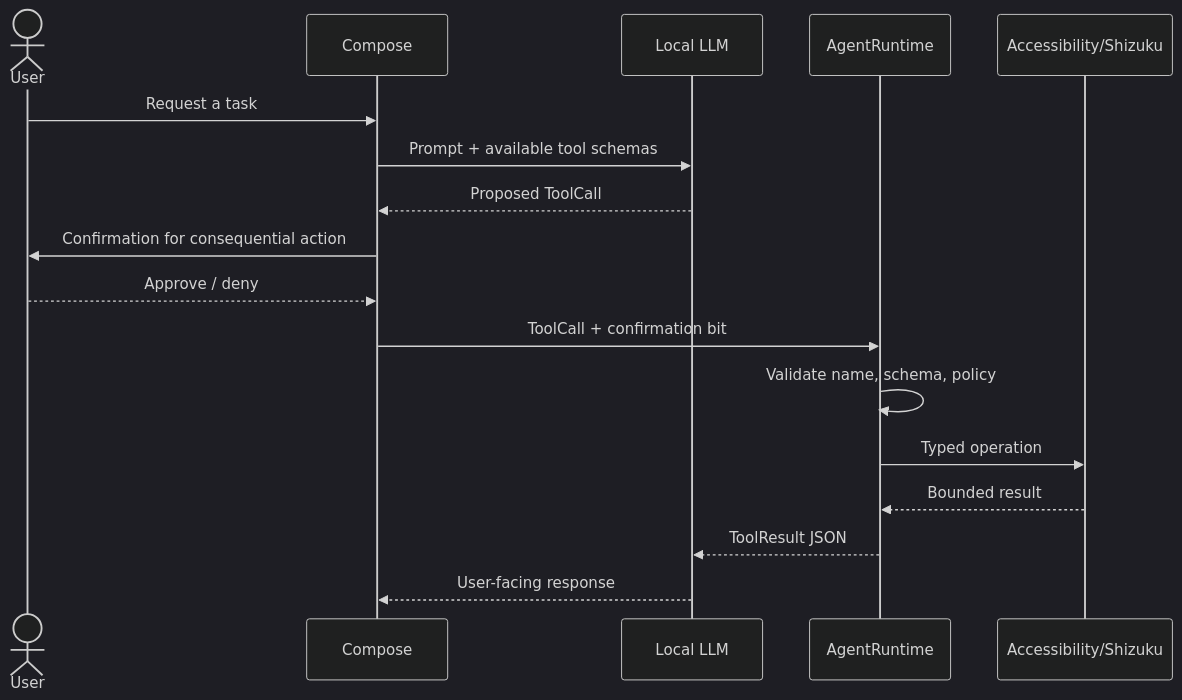
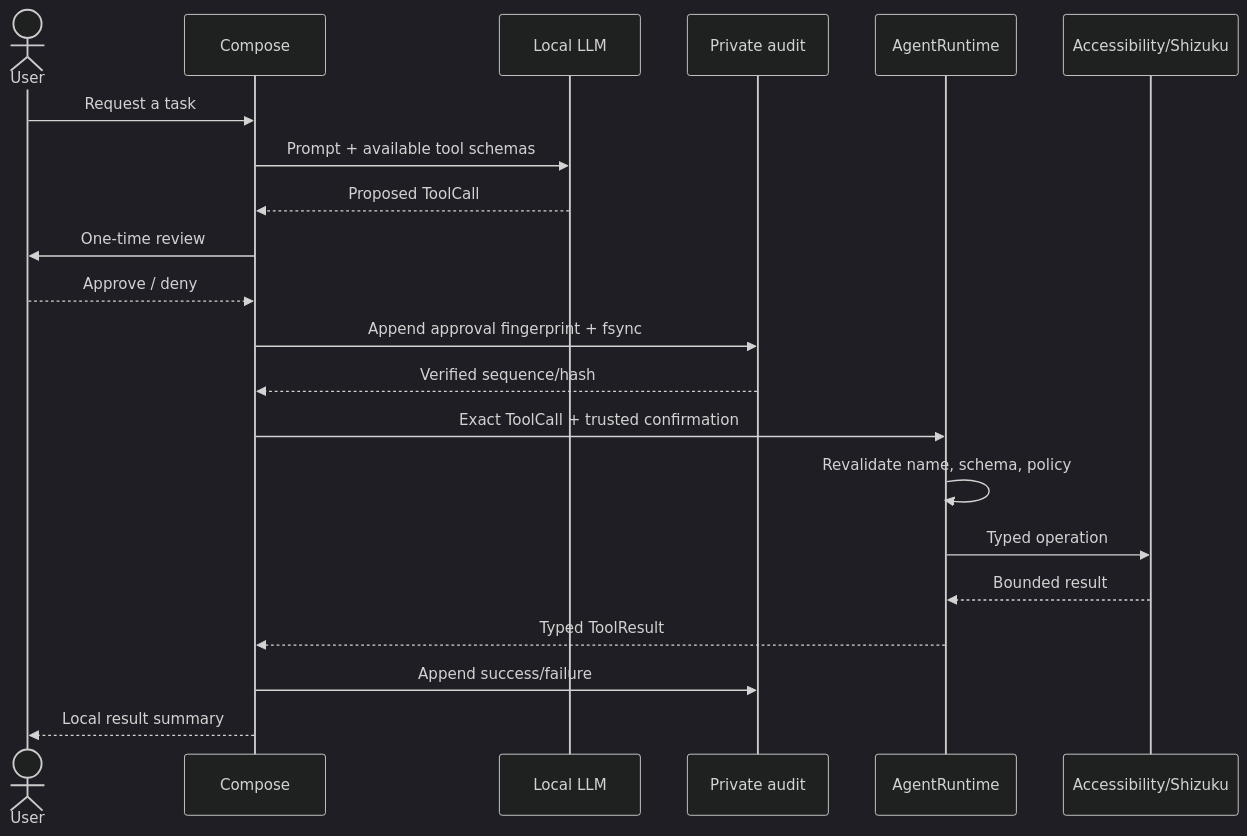
Before and after one commit to soobujmiah/lai: the second of 2 diagrams in docs/ARCHITECTURE.md, drawn with Mermaid (dark theme). The commit also changed other lines of this file and 34 other files, not shown here.

Commit message:
feat(audit): persist one-shot tool approval chain

````diff
--- a/docs/ARCHITECTURE.md
+++ b/docs/ARCHITECTURE.md
@@ -121,19 +123,23 @@
 ```mermaid
 sequenceDiagram
   actor U as User
   participant UI as Compose
   participant L as Local LLM
+  participant P as Private audit
   participant A as AgentRuntime
   participant X as Accessibility/Shizuku
   U->>UI: Request a task
   UI->>L: Prompt + available tool schemas
   L-->>UI: Proposed ToolCall
-  UI->>U: Confirmation for consequential action
+  UI->>U: One-time review
   U-->>UI: Approve / deny
-  UI->>A: ToolCall + confirmation bit
-  A->>A: Validate name, schema, policy
+  UI->>P: Append approval fingerprint + fsync
+  P-->>UI: Verified sequence/hash
+  UI->>A: Exact ToolCall + trusted confirmation
+  A->>A: Revalidate name, schema, policy
   A->>X: Typed operation
   X-->>A: Bounded result
-  A-->>L: ToolResult JSON
-  L-->>UI: User-facing response
+  A-->>UI: Typed ToolResult
+  UI->>P: Append success/failure
+  UI-->>U: Local result summary
 ```
````
